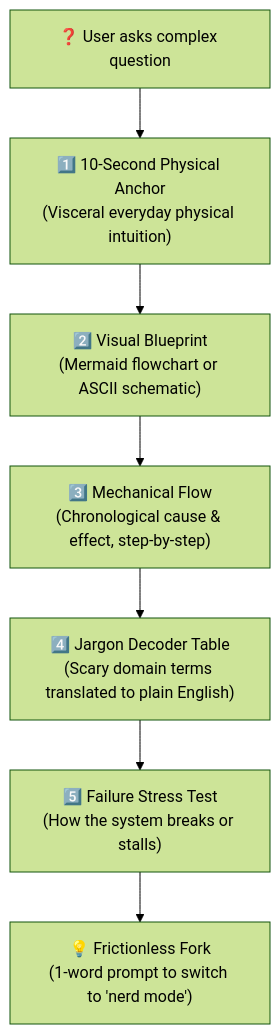
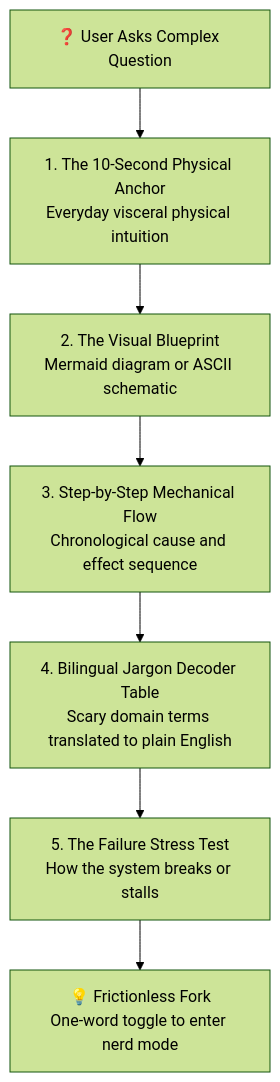
The diagram in README.md (Sedilix/ELID), drawn with Mermaid (forest theme) before and after one commit. The commit also changed other lines of this file and 1 other file, not shown here.

Commit message:
fix(readme): make Mermaid flowchart syntax compatible with GitHub renderer

````diff
--- a/README.md
+++ b/README.md
@@ -28,9 +28,9 @@
 ```mermaid
 flowchart TD
-    Q["❓ User asks complex question"] --> P1["1️⃣ 10-Second Physical Anchor\n(Visceral everyday physical intuition)"]
-    P1 --> P2["2️⃣ Visual Blueprint\n(Mermaid flowchart or ASCII schematic)"]
-    P2 --> P3["3️⃣ Mechanical Flow\n(Chronological cause & effect, step-by-step)"]
-    P3 --> P4["4️⃣ Jargon Decoder Table\n(Scary domain terms translated to plain English)"]
-    P4 --> P5["5️⃣ Failure Stress Test\n(How the system breaks or stalls)"]
-    P5 --> Fork["💡 Frictionless Fork\n(1-word prompt to switch to 'nerd mode')"]
+    A["❓ User Asks Complex Question"] --> B["1. The 10-Second Physical Anchor<br/>Everyday visceral physical intuition"]
+    B --> C["2. The Visual Blueprint<br/>Mermaid diagram or ASCII schematic"]
+    C --> D["3. Step-by-Step Mechanical Flow<br/>Chronological cause and effect sequence"]
+    D --> E["4. Bilingual Jargon Decoder Table<br/>Scary domain terms translated to plain English"]
+    E --> F["5. The Failure Stress Test<br/>How the system breaks or stalls"]
+    F --> G["💡 Frictionless Fork<br/>One-word toggle to enter nerd mode"]
 ```
````
